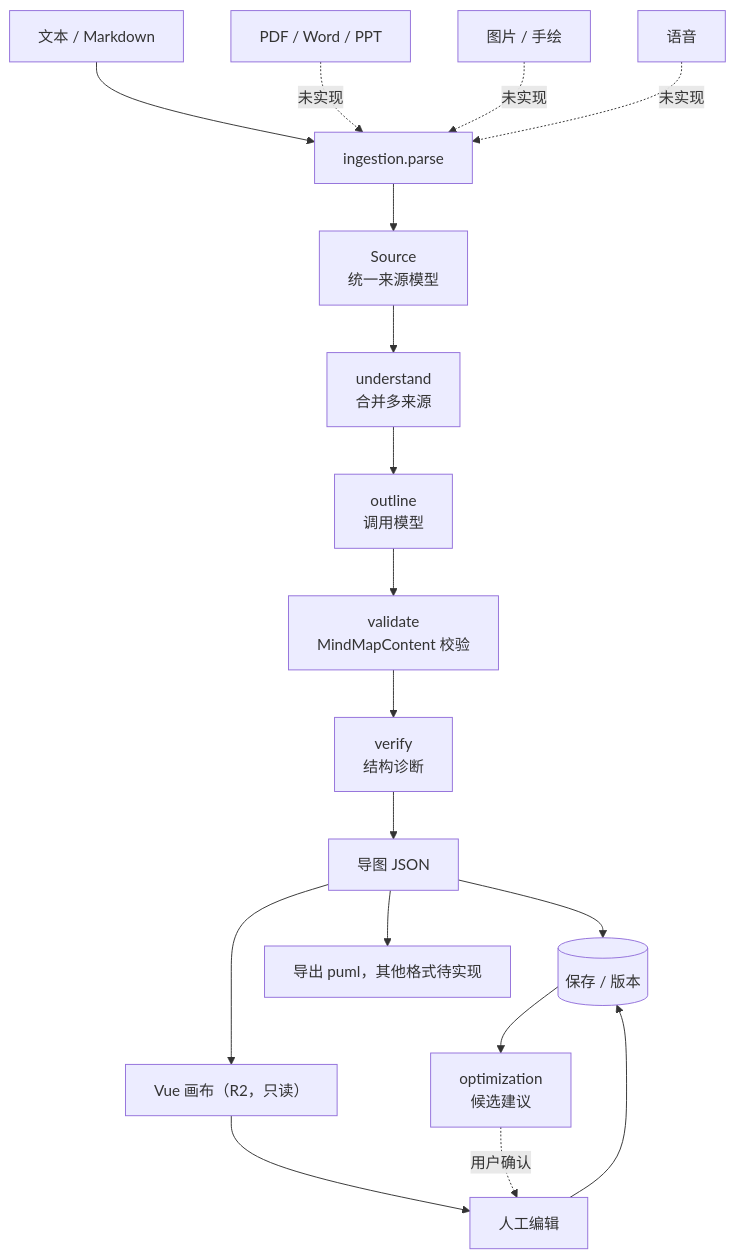
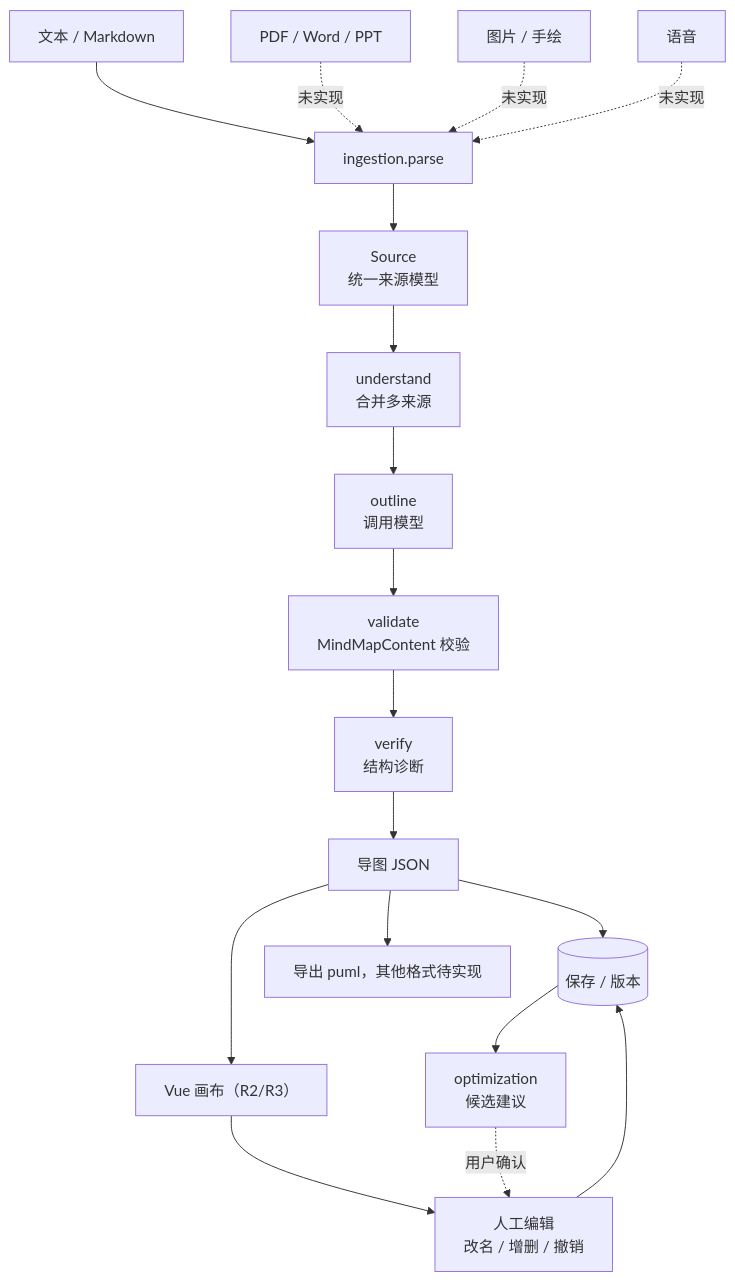
Before and after one commit to RPeGio/genai-mindmap: the diagram in docs/FLOW.md, drawn with Mermaid. The commit also changed other lines of this file and 8 other files, not shown here.

````diff
--- a/docs/FLOW.md
+++ b/docs/FLOW.md
@@ -7,22 +7,22 @@
 ```mermaid
 flowchart TD
   A1[文本 / Markdown] --> S[ingestion.parse]
   A2[PDF / Word / PPT] -.未实现.-> S
   A3[图片 / 手绘] -.未实现.-> S
   A4[语音] -.未实现.-> S
 
   S --> SRC[Source<br/>统一来源模型]
   SRC --> U[understand<br/>合并多来源]
   U --> O[outline<br/>调用模型]
   O --> V[validate<br/>MindMapContent 校验]
   V --> R[verify<br/>结构诊断]
   R --> MAP[导图 JSON]
 
   MAP --> SAVE[(保存 / 版本)]
-  MAP --> CANVAS[Vue 画布（R2，只读）]
-  CANVAS --> EDIT[人工编辑]
+  MAP --> CANVAS[Vue 画布（R2/R3）]
+  CANVAS --> EDIT[人工编辑<br/>改名 / 增删 / 撤销]
   EDIT --> SAVE
   MAP --> EXP[导出 puml，其他格式待实现]
   SAVE --> SUG[optimization<br/>候选建议]
   SUG -.用户确认.-> EDIT
 ```
````
